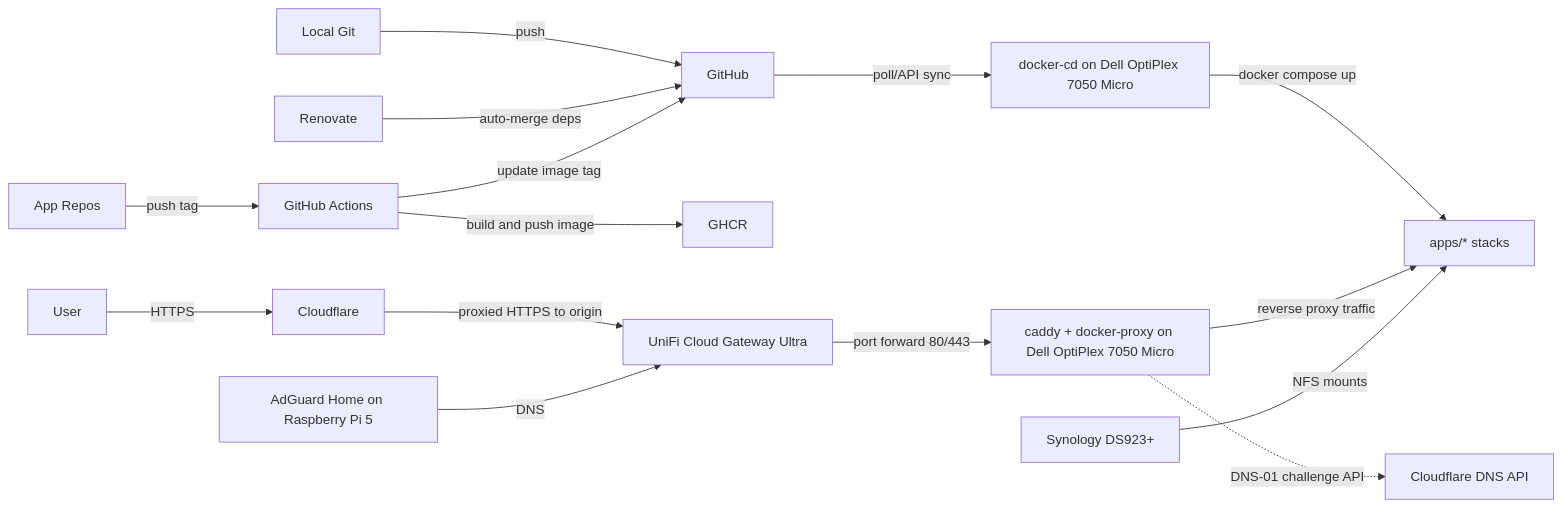
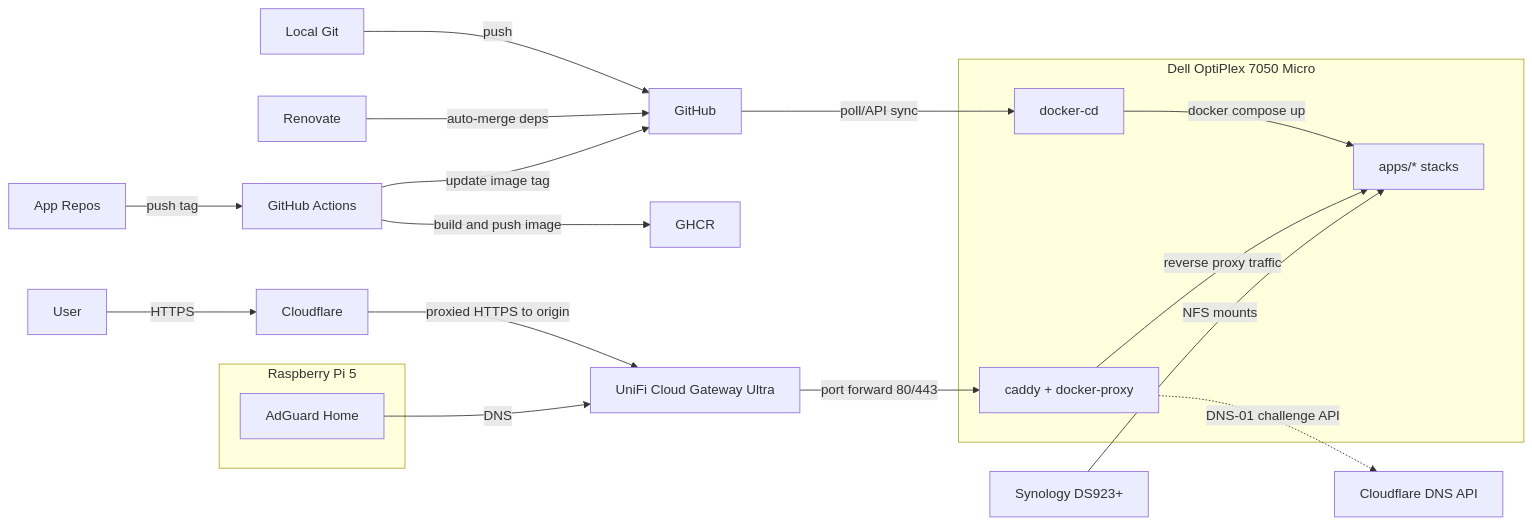
Before and after one commit to wajeht/home-ops: the diagram in README.md, drawn with Mermaid.

Commit message:
docs: update architecture diagram to reflect current setup

````diff
--- a/README.md
+++ b/README.md
@@ -16,19 +16,29 @@
 ```mermaid
 flowchart LR
+    subgraph dell[Dell OptiPlex 7050 Micro]
+        docker_cd[docker-cd]
+        caddy[caddy + docker-proxy]
+        apps[apps/* stacks]
+    end
+
+    subgraph pi[Raspberry Pi 5]
+        adguard[AdGuard Home]
+    end
+
     local_git[Local Git] -->|push| github[GitHub]
     app_repo[App Repos] -->|push tag| actions[GitHub Actions]
     renovate[Renovate] -->|auto-merge deps| github
     actions -->|build and push image| ghcr[GHCR]
     actions -->|update image tag| github
-    github -->|poll/API sync| docker_cd[docker-cd on Dell OptiPlex 7050 Micro]
+    github -->|poll/API sync| docker_cd
 
     user[User] -->|HTTPS| cloudflare[Cloudflare]
     cloudflare -->|proxied HTTPS to origin| unifi[UniFi Cloud Gateway Ultra]
-    adguard[AdGuard Home on Raspberry Pi 5] -->|DNS| unifi
+    adguard -->|DNS| unifi
 
-    docker_cd -->|docker compose up| apps[apps/* stacks]
-    caddy[caddy + docker-proxy on Dell OptiPlex 7050 Micro] -->|reverse proxy traffic| apps
+    docker_cd -->|docker compose up| apps
+    caddy -->|reverse proxy traffic| apps
     unifi -->|port forward 80/443| caddy
     caddy -.->|DNS-01 challenge API| cloudflare_dns[Cloudflare DNS API]
     nas[Synology DS923+] -->|NFS mounts| apps
 ```
````
